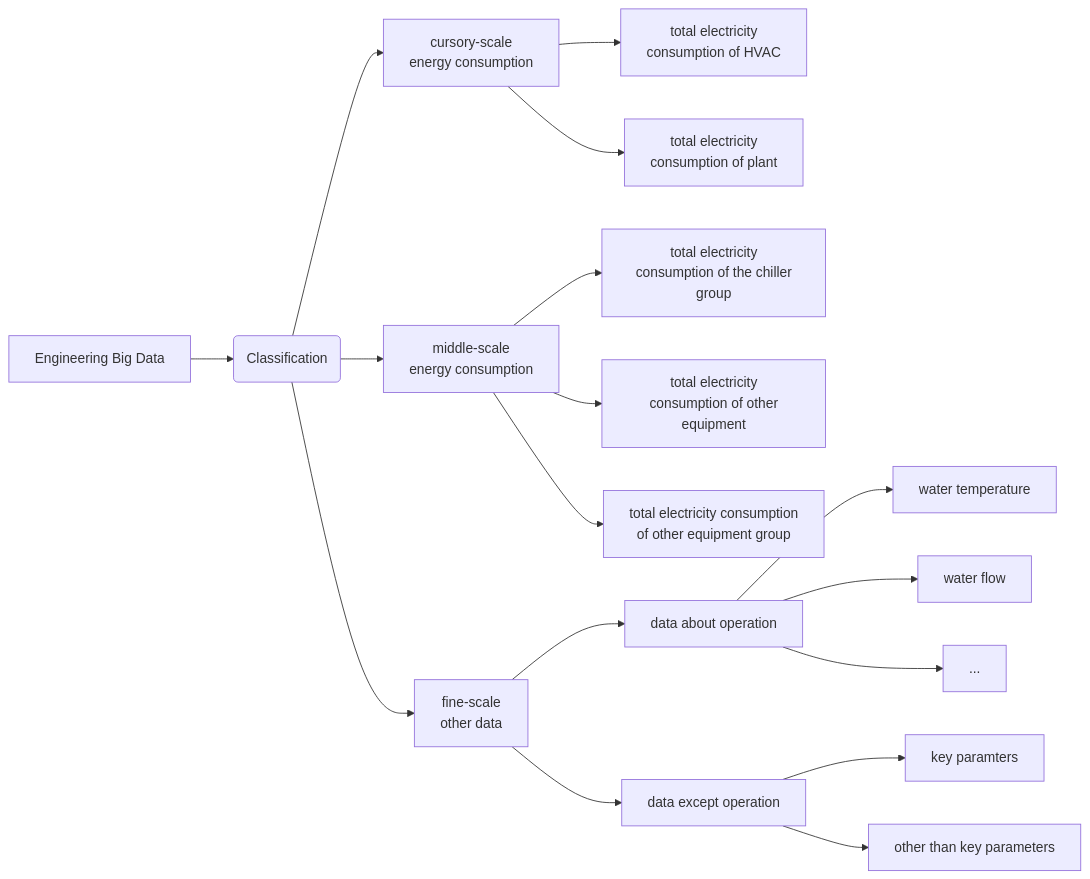
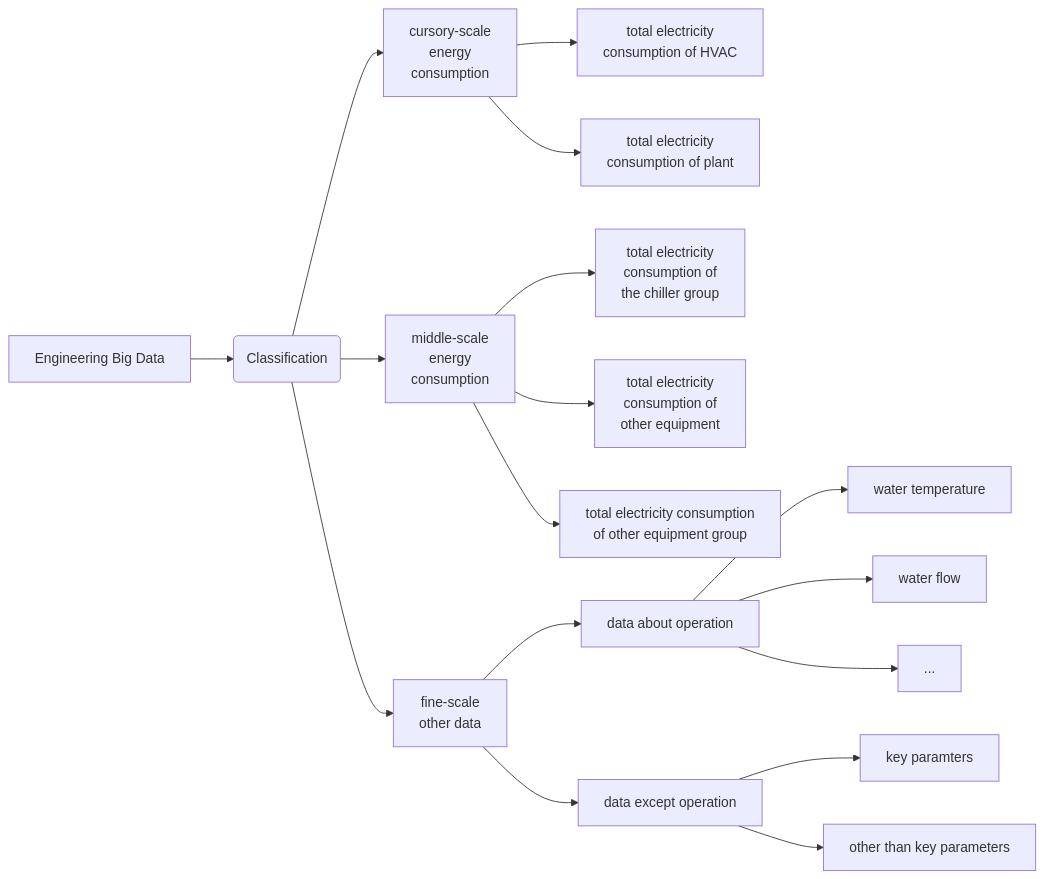
The first of 3 diagrams in content/posts/blog13/index.md (Hurricane-k/carry-bio), drawn with Mermaid before and after one commit. The commit also changed 1 other file, not shown here.

Commit message:
adjust the format

```diff
--- a/content/posts/blog13/index.md
+++ b/content/posts/blog13/index.md
@@ -20,19 +20,19 @@
 {{<mermaid>}}
 flowchart LR
     A[Engineering Big Data] --> B(Classification)
-    B --> C["cursory-scale\n energy consumption"]
-    B --> D["middle-scale\n energy consumption"]
+    B --> C["cursory-scale\n energy\n consumption"]
+    B --> D["middle-scale\n energy\n consumption"]
     B --> E["fine-scale\n other data"]
     C --> F["total electricity\n consumption of HVAC"]
     C --> FF["total electricity\n consumption of plant"]
-    D --> G["total electricity\n consumption of the chiller group"]
-    D --> GG["total electricity\n consumption of other equipment"]
+    D --> G["total electricity\n consumption of\n the chiller group"]
+    D --> GG["total electricity\n consumption of\n other equipment"]
     D --> GGG["total electricity consumption\n of other equipment group"]
     E --> H["data about operation"]
     E --> HH["data except operation"]
     H --> I["water temperature"]
     H --> II["water flow"]
     H --> III[...]
     HH --> J[key paramters]
     HH --> JJ[other than key parameters]
 {{</mermaid>}}
```
